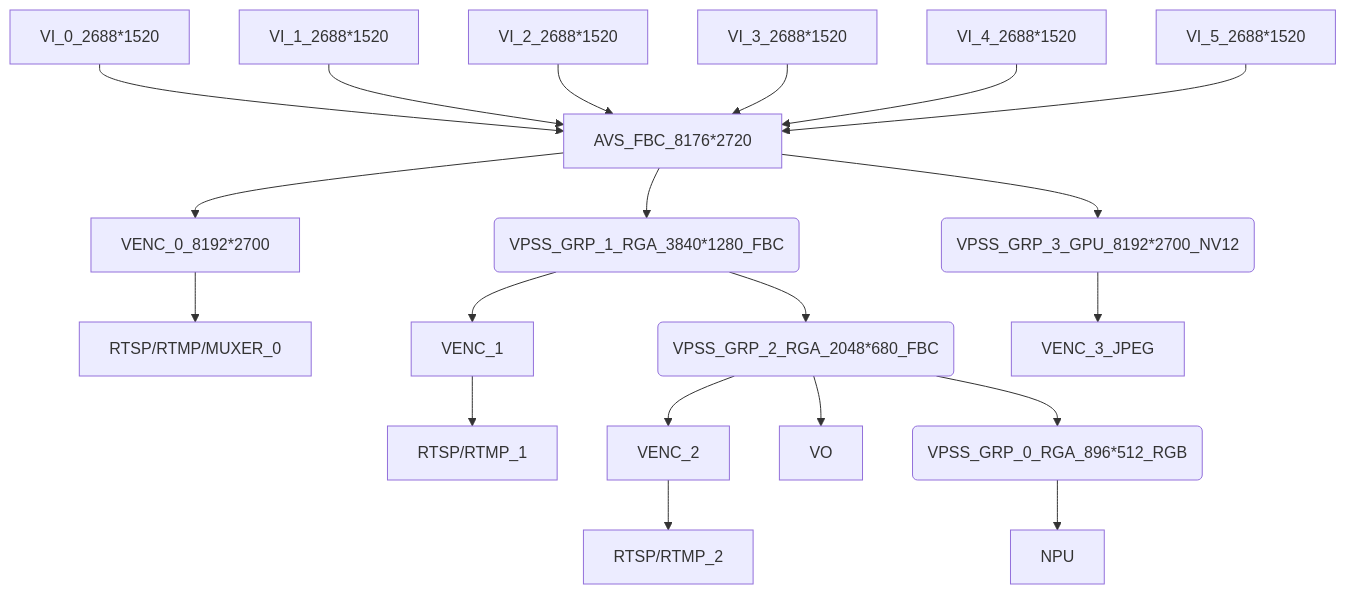
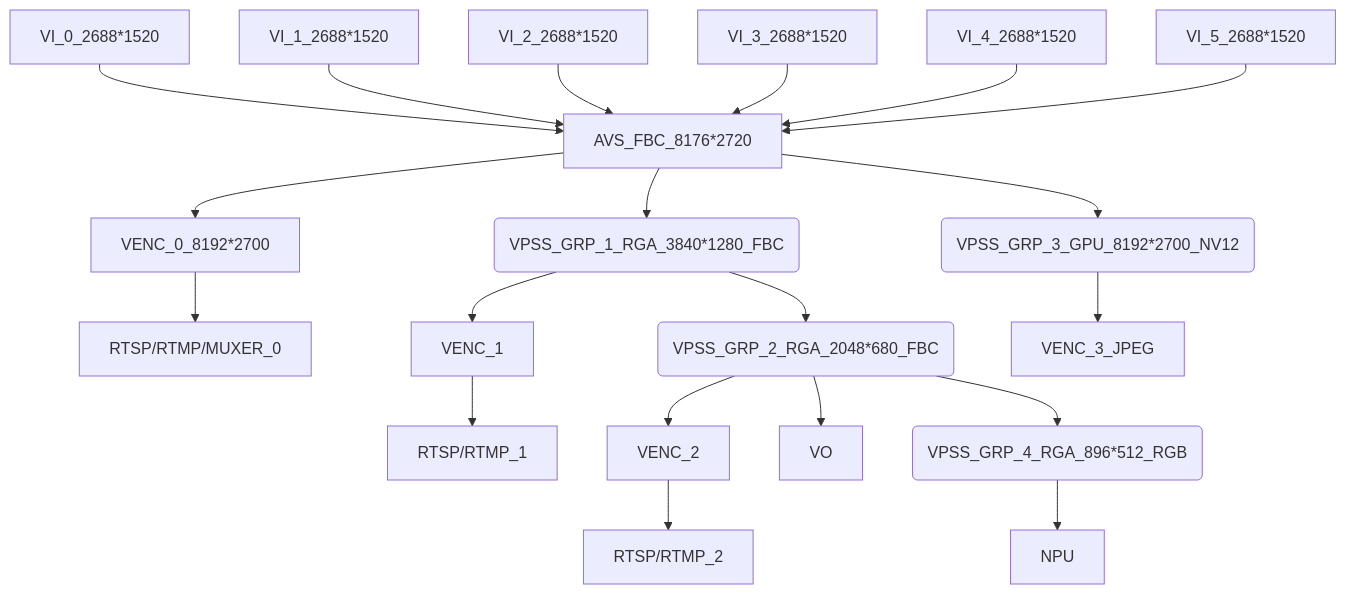
Before and after one commit to khadas/app_rkipc: the third of 6 diagrams in Rockchip_Developer_Guide_Linux_RKIPC_CN.md, drawn with Mermaid. The commit also changed 13 other files, not shown here.

````diff
--- a/Rockchip_Developer_Guide_Linux_RKIPC_CN.md
+++ b/Rockchip_Developer_Guide_Linux_RKIPC_CN.md
@@ -113,16 +113,16 @@
 ```mermaid
 graph TB
 	VI_0[VI_0_2688*1520]-->AVS[AVS_FBC_8176*2720]
 	VI_1[VI_1_2688*1520]-->AVS
 	VI_2[VI_2_2688*1520]-->AVS
 	VI_3[VI_3_2688*1520]-->AVS
 	VI_4[VI_4_2688*1520]-->AVS
 	VI_5[VI_5_2688*1520]-->AVS
 	AVS-->VPSS_GRP_1(VPSS_GRP_1_RGA_3840*1280_FBC)
 	AVS-->VENC_0_8192*2700-->RTSP/RTMP/MUXER_0
 	VPSS_GRP_1-->VENC_1-->RTSP/RTMP_1
 	VPSS_GRP_1-->VPSS_GRP_2(VPSS_GRP_2_RGA_2048*680_FBC)-->VENC_2-->RTSP/RTMP_2
 	VPSS_GRP_2-->VO
-	VPSS_GRP_2-->VPSS_GRP_0(VPSS_GRP_0_RGA_896*512_RGB)-->NPU
+	VPSS_GRP_2-->VPSS_GRP_4(VPSS_GRP_4_RGA_896*512_RGB)-->NPU
 	AVS-->VPSS_GRP_3(VPSS_GRP_3_GPU_8192*2700_NV12)-->VENC_3_JPEG
 ```
````
